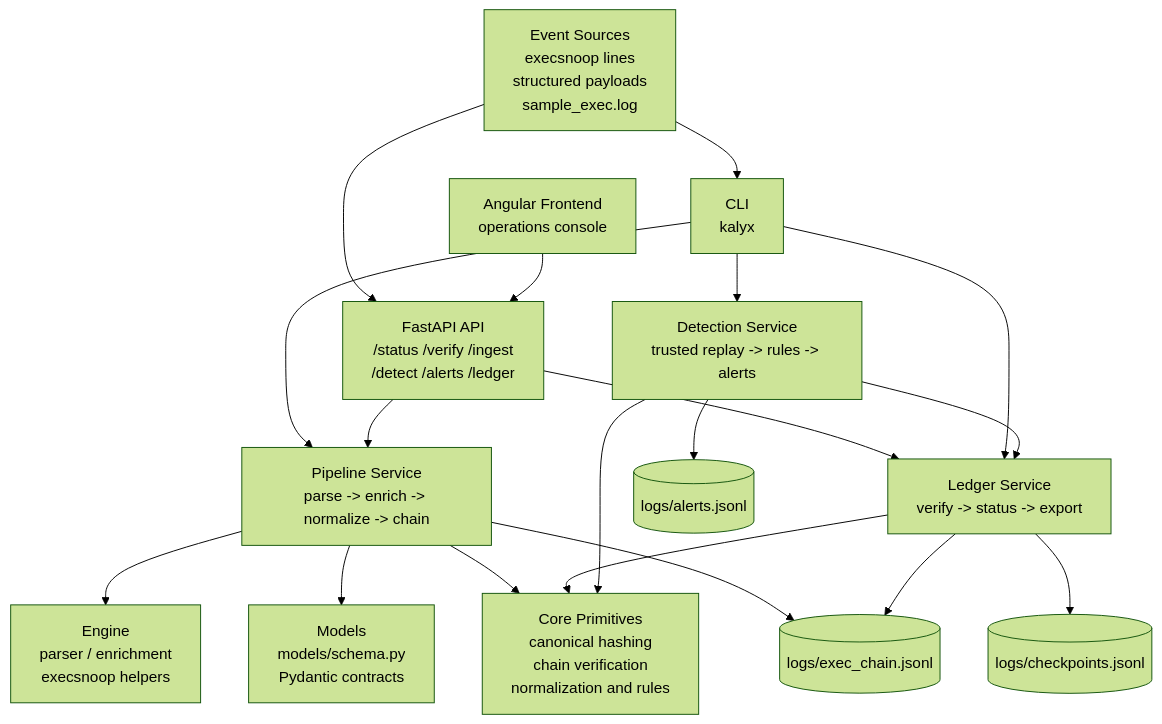
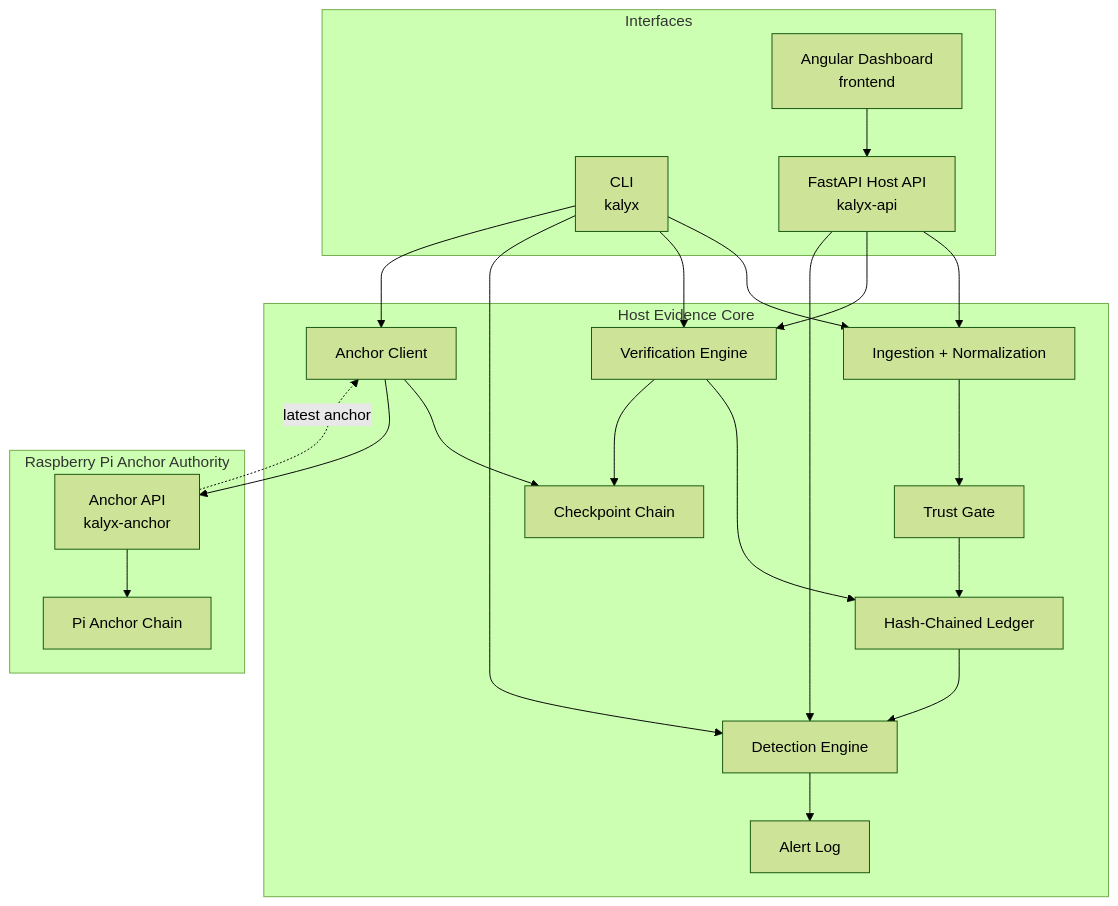
One commit to parthrohit22/kalyx changed the first of 2 diagrams in README.md. Above: the diagram before and after it, drawn with Mermaid (forest theme). The commit also changed other lines of this file, not shown here.

Commit message:
docs(readme): refine project identity and architecture

````diff
--- a/README.md
+++ b/README.md
@@ -193,42 +64,45 @@
 ```mermaid
 flowchart TD
-    Sources["Event Sources<br/>execsnoop lines<br/>structured payloads<br/>sample_exec.log"]
+    subgraph Interfaces["Interfaces"]
+        CLI["CLI<br/>kalyx"]
+        API["FastAPI Host API<br/>kalyx-api"]
+        UI["Angular Dashboard<br/>frontend"]
+    end
 
-    CLI["CLI<br/>kalyx"]
-    API["FastAPI API<br/>/status /verify /ingest<br/>/detect /alerts /ledger"]
-    Frontend["Angular Frontend<br/>operations console"]
+    subgraph Host["Host Evidence Core"]
+        Ingest["Ingestion + Normalization"]
+        TrustGate["Trust Gate"]
+        Ledger["Hash-Chained Ledger"]
+        Verify["Verification Engine"]
+        Checkpoints["Checkpoint Chain"]
+        Detect["Detection Engine"]
+        Alerts["Alert Log"]
+        AnchorClient["Anchor Client"]
+    end
 
-    Pipeline["Pipeline Service<br/>parse -> enrich -> normalize -> chain"]
-    LedgerService["Ledger Service<br/>verify -> status -> export"]
-    DetectionService["Detection Service<br/>trusted replay -> rules -> alerts"]
+    subgraph Pi["Raspberry Pi Anchor Authority"]
+        AnchorAPI["Anchor API<br/>kalyx-anchor"]
+        AnchorChain["Pi Anchor Chain"]
+    end
 
-    Core["Core Primitives<br/>canonical hashing<br/>chain verification<br/>normalization and rules"]
-    Engine["Engine<br/>parser / enrichment<br/>execsnoop helpers"]
-    Models["Models<br/>models/schema.py<br/>Pydantic contracts"]
+    UI --> API
 
-    Ledger[("logs/exec_chain.jsonl")]
-    Alerts[("logs/alerts.jsonl")]
-    Checkpoints[("logs/checkpoints.jsonl")]
+    CLI --> Ingest
+    API --> Ingest
+    CLI --> Verify
+    API --> Verify
+    CLI --> Detect
+    API --> Detect
+    CLI --> AnchorClient
 
-    Sources --> CLI
-    Sources --> API
-    CLI --> Pipeline
-    API --> Pipeline
-    Frontend --> API
-
-    Pipeline --> Engine
-    Pipeline --> Models
-    Pipeline --> Core
-    Pipeline --> Ledger
-
-    API --> LedgerService
-    CLI --> LedgerService
-    LedgerService --> Core
-    LedgerService --> Ledger
-    LedgerService --> Checkpoints
-
-    CLI --> DetectionService
-    DetectionService --> LedgerService
-    DetectionService --> Core
-    DetectionService --> Alerts
+    Ingest --> TrustGate
+    TrustGate --> Ledger
+    Verify --> Ledger
+    Verify --> Checkpoints
+    Ledger --> Detect
+    Detect --> Alerts
+    AnchorClient --> Checkpoints
+    AnchorClient --> AnchorAPI
+    AnchorAPI --> AnchorChain
+    AnchorAPI -. latest anchor .-> AnchorClient
 ```
````
